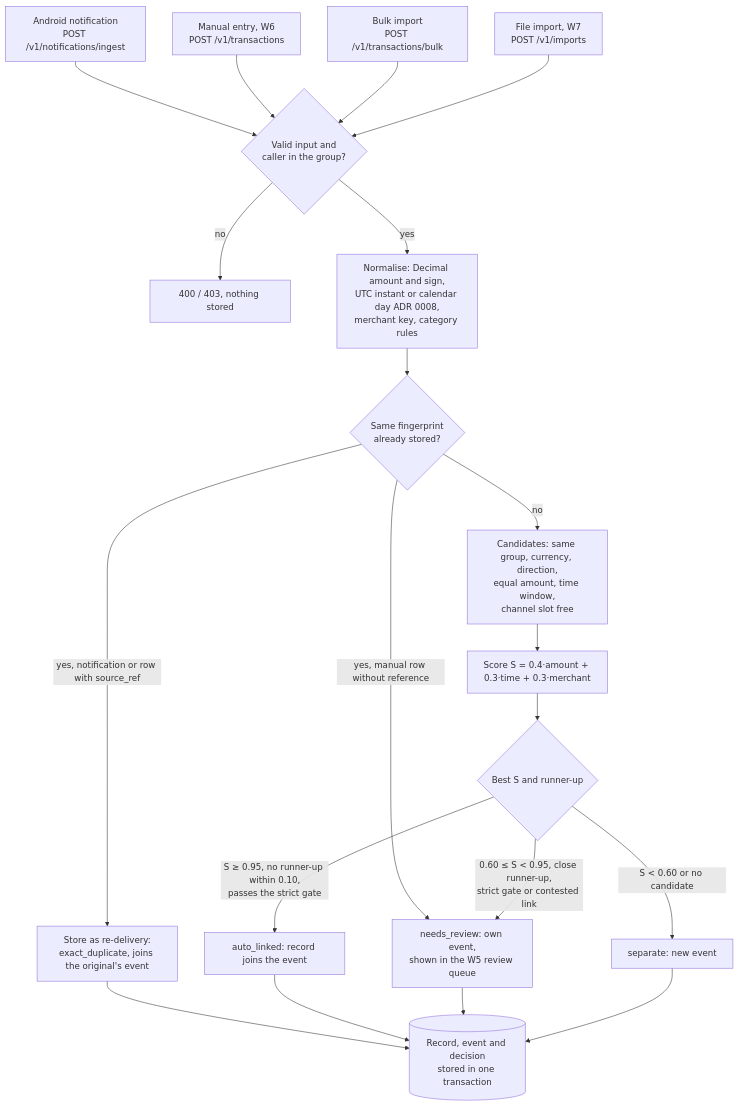
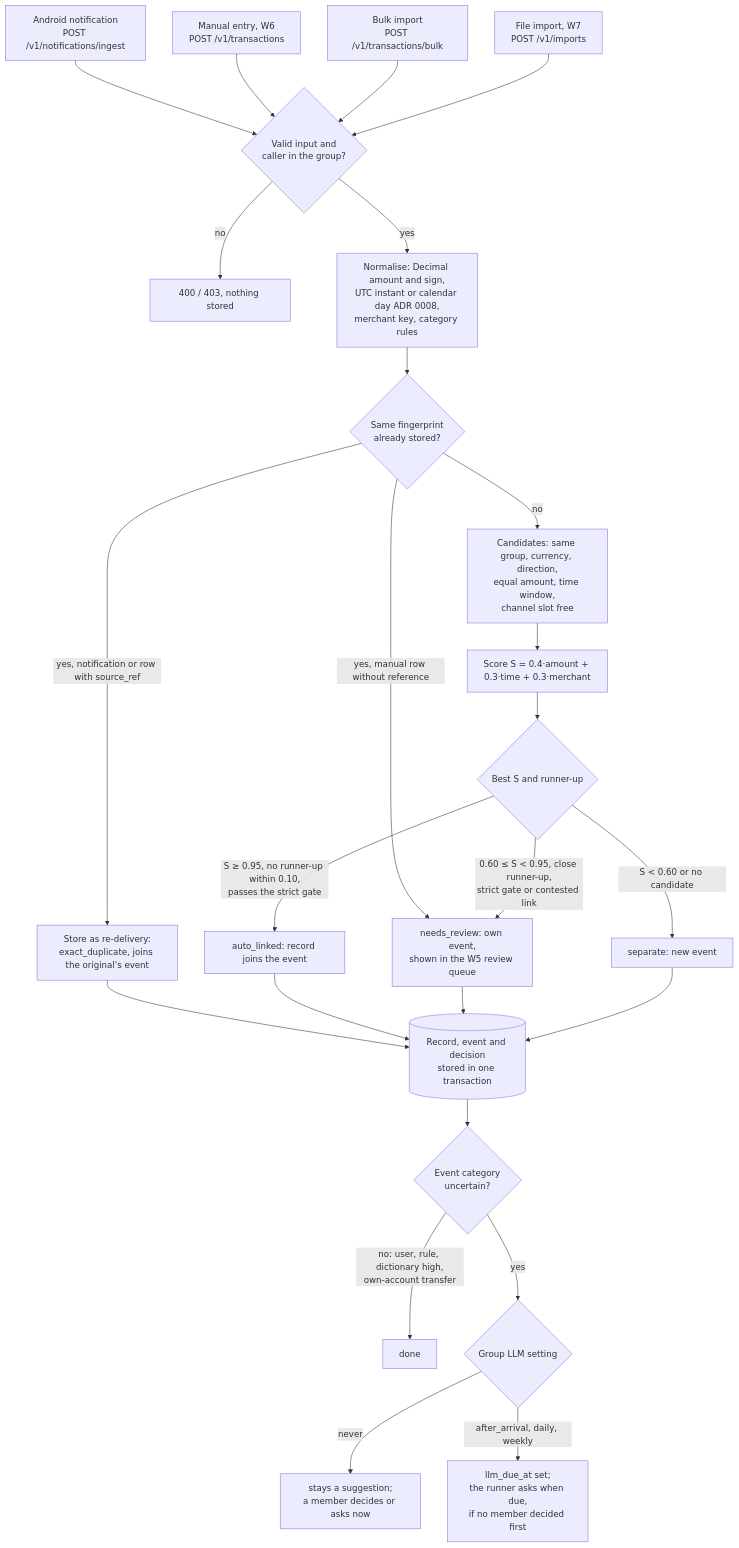
The third of 7 diagrams in docs/architecture/design-views.md (h270445/FinSync), drawn with Mermaid before and after one commit. The commit also changed other lines of this file, not shown here.

First line of the commit message:
Design views in step with the category correction and the live LLM flow

````diff
--- a/docs/architecture/design-views.md
+++ b/docs/architecture/design-views.md
@@ -133,19 +144,24 @@
 ```mermaid
 flowchart TD
     A1[Android notification<br/>POST /v1/notifications/ingest] --> V
     A2[Manual entry, W6<br/>POST /v1/transactions] --> V
     A3[Bulk import<br/>POST /v1/transactions/bulk] --> V
     A4[File import, W7<br/>POST /v1/imports] --> V
     V{Valid input and<br/>caller in the group?} -- no --> E[400 / 403, nothing stored]
     V -- yes --> N[Normalise: Decimal amount and sign,<br/>UTC instant or calendar day ADR 0008,<br/>merchant key, category rules]
     N --> F{Same fingerprint<br/>already stored?}
     F -- "yes, notification or row with source_ref" --> D1[Store as re-delivery:<br/>exact_duplicate, joins the original's event]
     F -- "yes, manual row without reference" --> R
     F -- no --> C[Candidates: same group, currency, direction,<br/>equal amount, time window,<br/>channel slot free]
     C --> S[Score S = 0.4·amount + 0.3·time + 0.3·merchant]
     S --> T{Best S and runner-up}
     T -- "S ≥ 0.95, no runner-up within 0.10,<br/>passes the strict gate" --> L[auto_linked: record joins the event]
     T -- "0.60 ≤ S < 0.95, close runner-up,<br/>strict gate or contested link" --> R[needs_review: own event,<br/>shown in the W5 review queue]
     T -- "S < 0.60 or no candidate" --> P[separate: new event]
     D1 & L & R & P --> W[(Record, event and decision<br/>stored in one transaction)]
+    W --> U{Event category<br/>uncertain?}
+    U -- "no: user, rule, dictionary high,<br/>own-account transfer" --> Z[done]
+    U -- yes --> G{Group LLM setting}
+    G -- never --> Z2[stays a suggestion;<br/>a member decides or asks now]
+    G -- "after_arrival, daily, weekly" --> DUE[llm_due_at set;<br/>the runner asks when due,<br/>if no member decided first]
 ```
````
